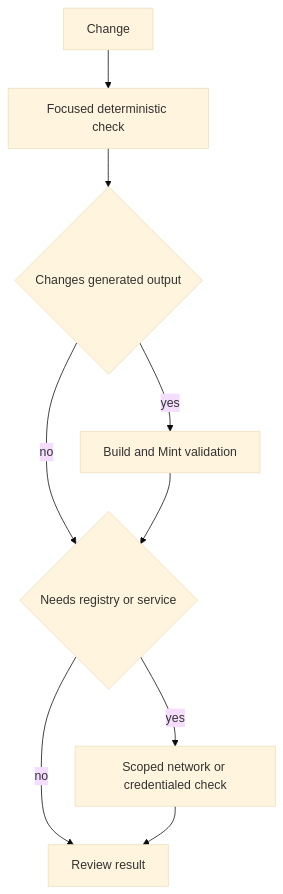
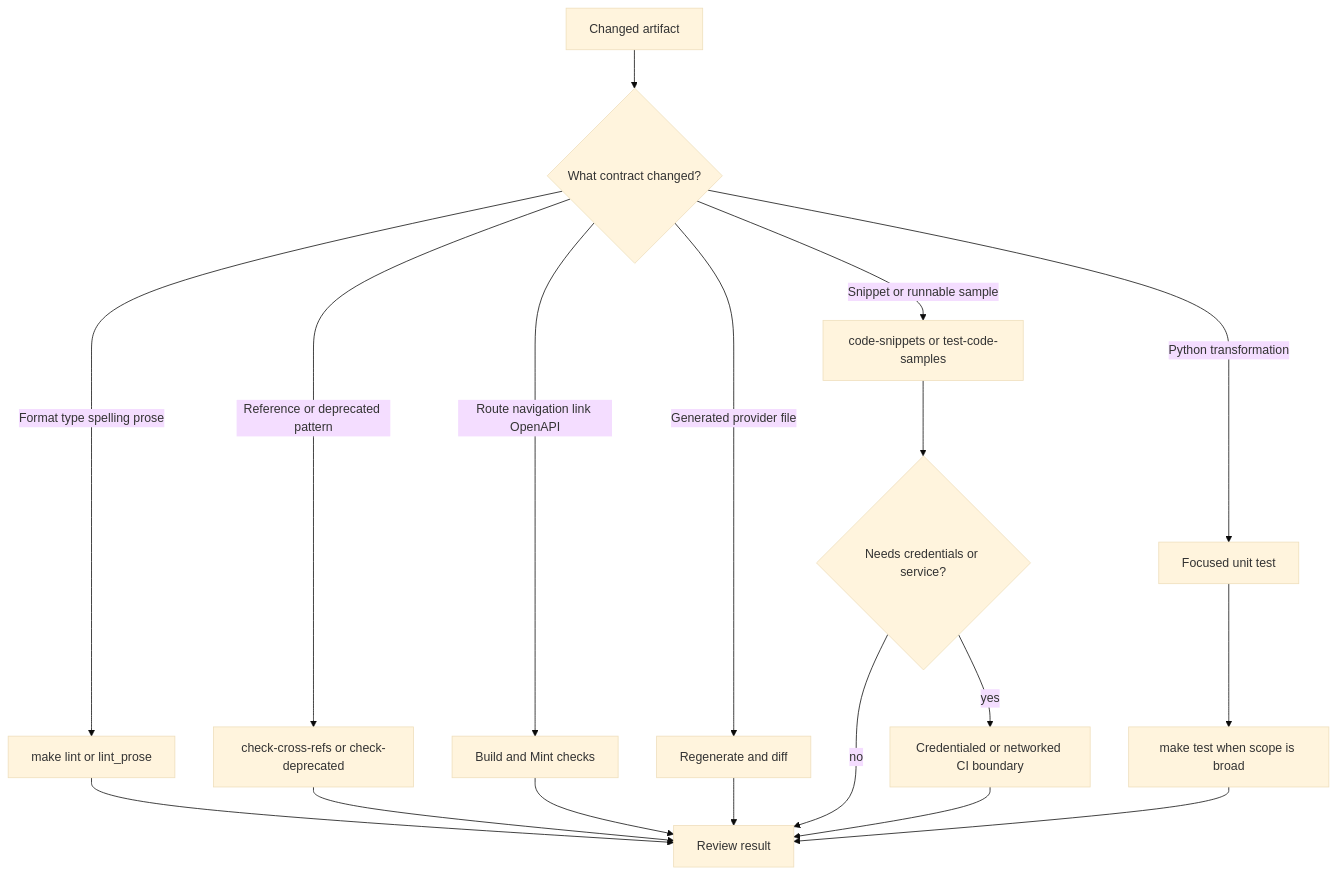
Before and after one commit to langchain-ai/docs: the diagram in openwiki/testing/test-overview.md, drawn with Mermaid (base theme). The commit also changed other lines of this file and 43 other files, not shown here.

````diff
--- a/openwiki/testing/test-overview.md
+++ b/openwiki/testing/test-overview.md
@@ -86,11 +94,20 @@
 ```mermaid
 flowchart TD
-  Change["Change"] --> Focused["Focused deterministic check"]
-  Focused --> Generated{"Changes generated output"}
-  Generated -->|"yes"| Mint["Build and Mint validation"]
-  Generated -->|"no"| Remote{"Needs registry or service"}
-  Mint --> Remote
-  Remote -->|"yes"| Boundary["Scoped network or credentialed check"]
-  Remote -->|"no"| Review["Review result"]
-  Boundary --> Review
+  Artifact["Changed artifact"] --> Kind{"What contract changed?"}
+  Kind -->|"Python transformation"| Unit["Focused unit test"]
+  Kind -->|"Format type spelling prose"| Static["make lint or lint_prose"]
+  Kind -->|"Reference or deprecated pattern"| Source["check-cross-refs or check-deprecated"]
+  Kind -->|"Snippet or runnable sample"| Sample["code-snippets or test-code-samples"]
+  Kind -->|"Route navigation link OpenAPI"| Site["Build and Mint checks"]
+  Kind -->|"Generated provider file"| Generated["Regenerate and diff"]
+  Unit --> Wider["make test when scope is broad"]
+  Static --> Review["Review result"]
+  Source --> Review
+  Sample --> Boundary{"Needs credentials or service?"}
+  Site --> Review
+  Generated --> Review
+  Boundary -->|"no"| Review
+  Boundary -->|"yes"| CI["Credentialed or networked CI boundary"]
+  CI --> Review
+  Wider --> Review
 ```
````
